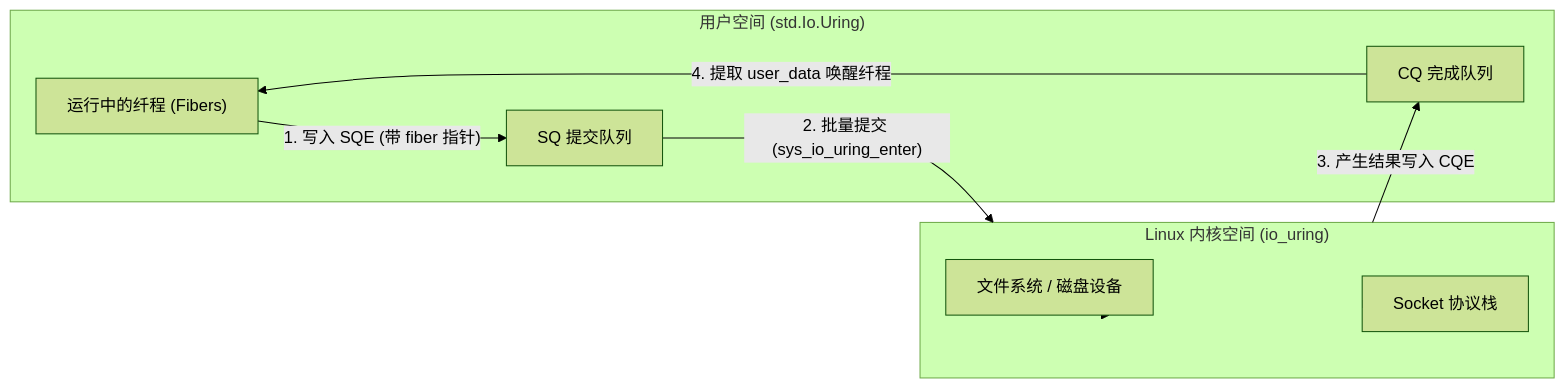
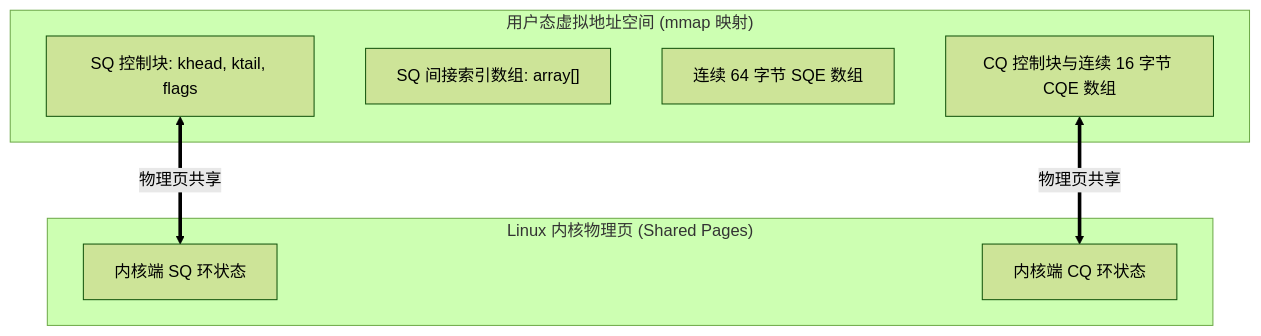
The first of 2 diagrams in zig-io/src/internals/uring-backend.md (jiacai2050/x), drawn with Mermaid (forest theme) before and after one commit. The commit also changed other lines of this file and 28 other files, not shown here.

````diff
--- a/zig-io/src/internals/uring-backend.md
+++ b/zig-io/src/internals/uring-backend.md
@@ -13,20 +15,17 @@
 ```mermaid
-graph LR
-    subgraph UserSpace ["用户空间 (std.Io.Uring)"]
-        Fibers["运行中的纤程 (Fibers)"]
-        SQ["SQ 提交队列"]
-        CQ["CQ 完成队列"]
+graph TB
+    subgraph UserVirtualMemory ["用户态虚拟地址空间 (mmap 映射)"]
+        SQ_User["SQ 控制块: khead, ktail, flags"]
+        SQ_Array["SQ 间接索引数组: array[]"]
+        SQEs["连续 64 字节 SQE 数组"]
+        CQ_User["CQ 控制块与连续 16 字节 CQE 数组"]
     end
 
-    subgraph KernelSpace ["Linux 内核空间 (io_uring)"]
-        VFS["文件系统 / 磁盘设备"]
-        Network["Socket 协议栈"]
+    subgraph KernelShared ["Linux 内核物理页 (Shared Pages)"]
+        KernelSQ["内核端 SQ 环状态"]
+        KernelCQ["内核端 CQ 环状态"]
     end
 
-    Fibers -->|"1. 写入 SQE (带 fiber 指针)"| SQ
-    SQ -->|"2. 批量提交 (sys_io_uring_enter)"| KernelSpace
-    KernelSpace --> VFS
-    KernelSpace --> Network
-    KernelSpace -->|"3. 产生结果写入 CQE"| CQ
-    CQ -->|"4. 提取 user_data 唤醒纤程"| Fibers
+    SQ_User <==>|物理页共享| KernelSQ
+    CQ_User <==>|物理页共享| KernelCQ
 ```
````
